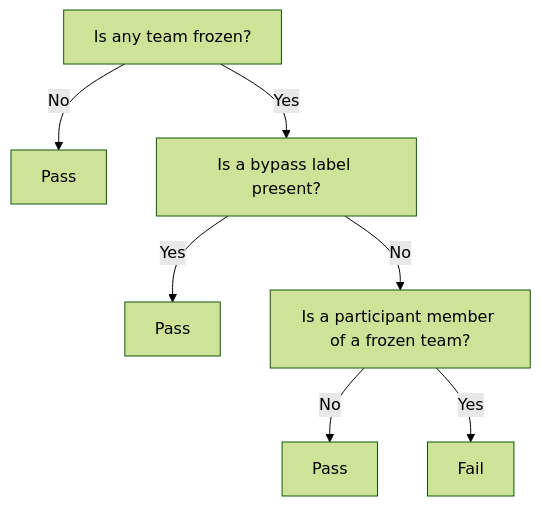
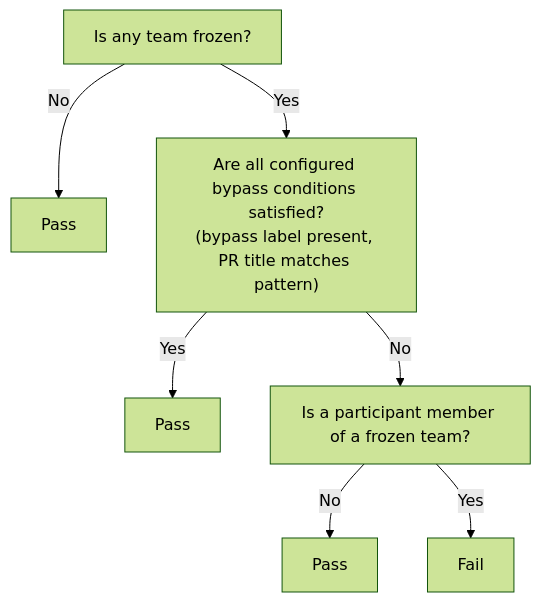
Before and after one commit to DataDog/team-freeze-guard: the diagram in README.md, drawn with Mermaid (forest theme). The commit also changed other lines of this file and 11 other files, not shown here.

First line of the commit message:
Add bypass-title-pattern input

````diff
--- a/README.md
+++ b/README.md
@@ -13,9 +13,9 @@
 ```mermaid
 flowchart TD
     A["Is any team frozen?"] -->|No| PASS1["Pass"]
-    A -->|Yes| B["Is a bypass label present?"]
+    A -->|Yes| B["Are all configured bypass conditions satisfied?<br/>(bypass label present, PR title matches pattern)"]
     B -->|Yes| PASS2["Pass"]
     B -->|No| C["Is a participant member of a frozen team?"]
     C -->|No| PASS3["Pass"]
     C -->|Yes| FAIL["Fail"]
 ```
````
